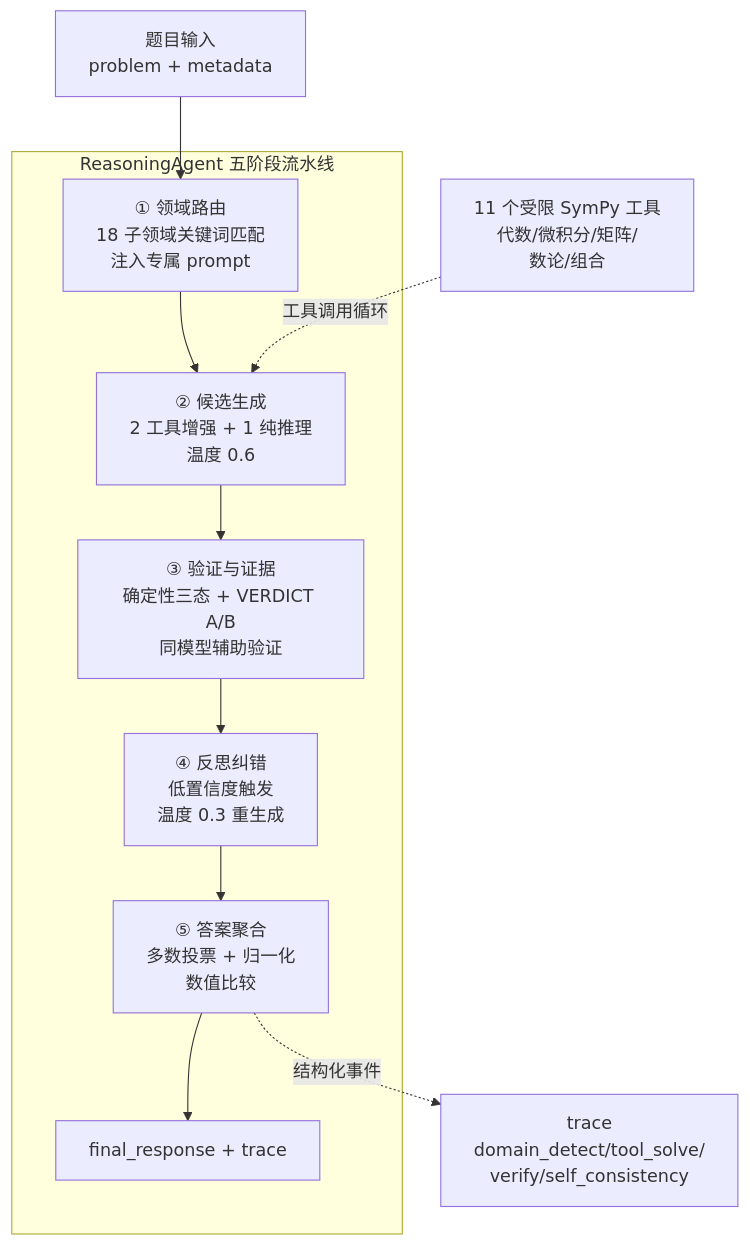
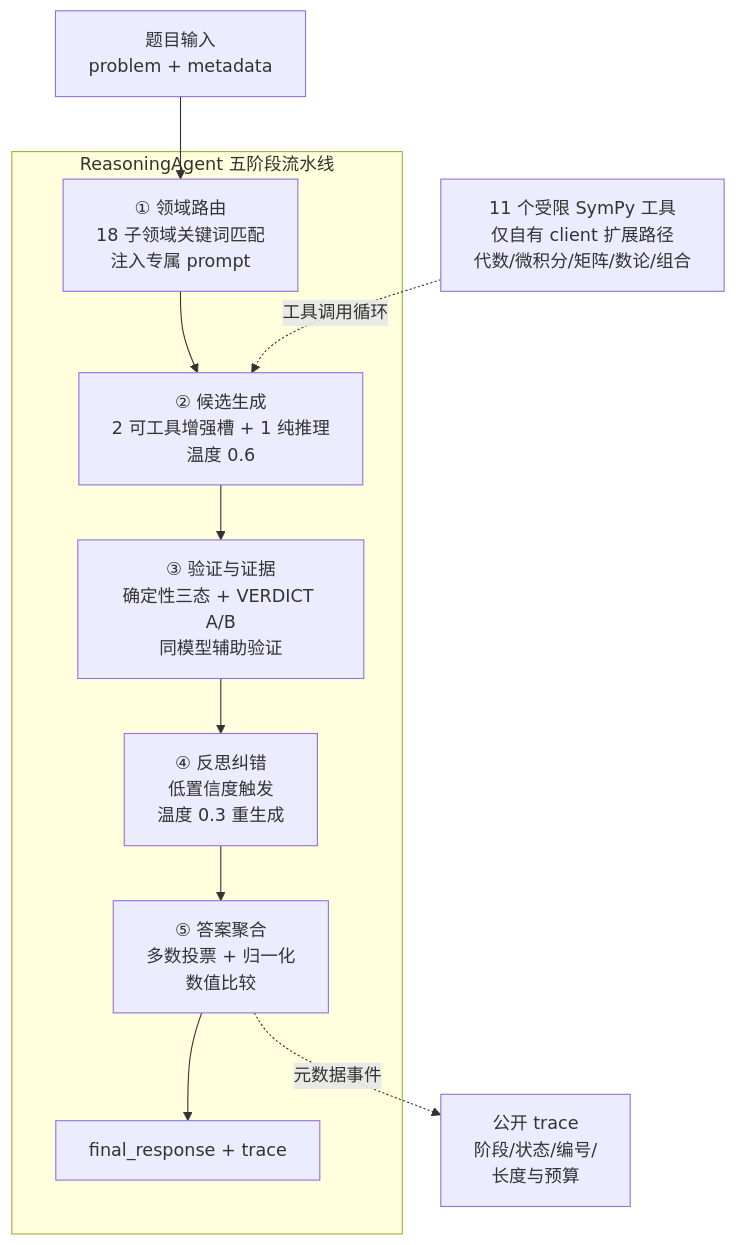
One commit to huangchen725/math_agent changed the diagram in 技术报告.md. Above: the diagram before and after it, drawn with Mermaid. The commit also changed other lines of this file and 28 other files, not shown here.

````diff
--- a/技术报告.md
+++ b/技术报告.md
@@ -13,14 +13,14 @@
 ```mermaid
 flowchart TB
     P["题目输入<br/>problem + metadata"] --> L1
     subgraph Agent["ReasoningAgent 五阶段流水线"]
         L1["① 领域路由<br/>18 子领域关键词匹配<br/>注入专属 prompt"] --> L2
-        L2["② 候选生成<br/>2 工具增强 + 1 纯推理<br/>温度 0.6"] --> L3
+        L2["② 候选生成<br/>2 可工具增强槽 + 1 纯推理<br/>温度 0.6"] --> L3
         L3["③ 验证与证据<br/>确定性三态 + VERDICT A/B<br/>同模型辅助验证"] --> L4
         L4["④ 反思纠错<br/>低置信度触发<br/>温度 0.3 重生成"] --> L5
         L5["⑤ 答案聚合<br/>多数投票 + 归一化<br/>数值比较"] --> O
     end
-    T["11 个受限 SymPy 工具<br/>代数/微积分/矩阵/<br/>数论/组合"] -.工具调用循环.-> L2
-    L5 -.结构化事件.-> TR["trace<br/>domain_detect/tool_solve/<br/>verify/self_consistency"]
+    T["11 个受限 SymPy 工具<br/>仅自有 client 扩展路径<br/>代数/微积分/矩阵/数论/组合"] -.工具调用循环.-> L2
+    L5 -.元数据事件.-> TR["公开 trace<br/>阶段/状态/编号/<br/>长度与预算"]
     O["final_response + trace"]
 ```
````
